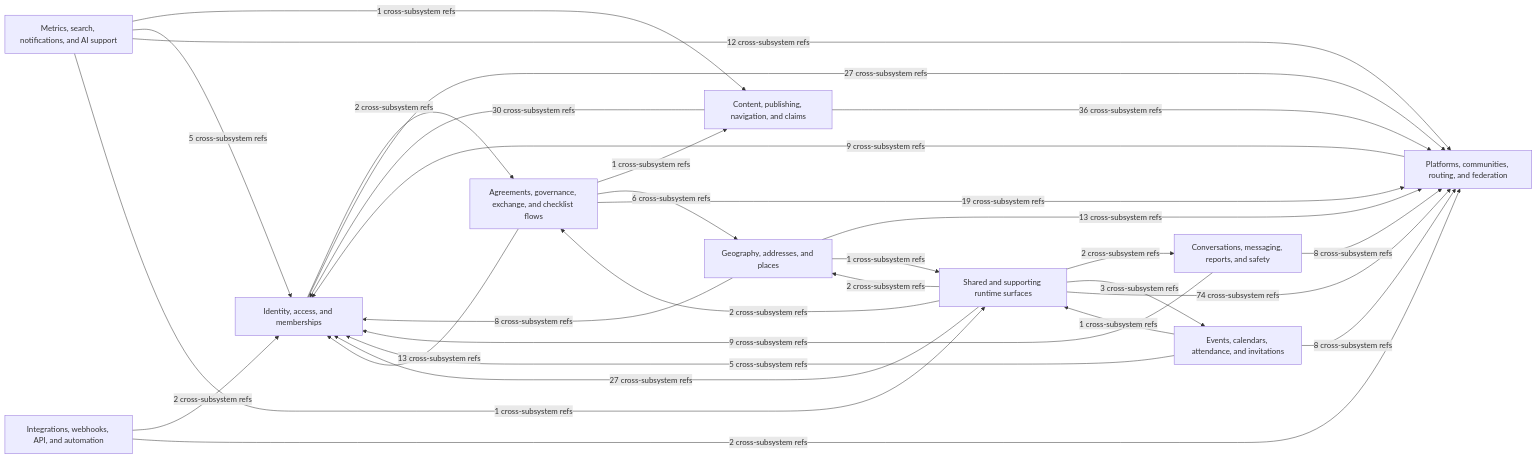
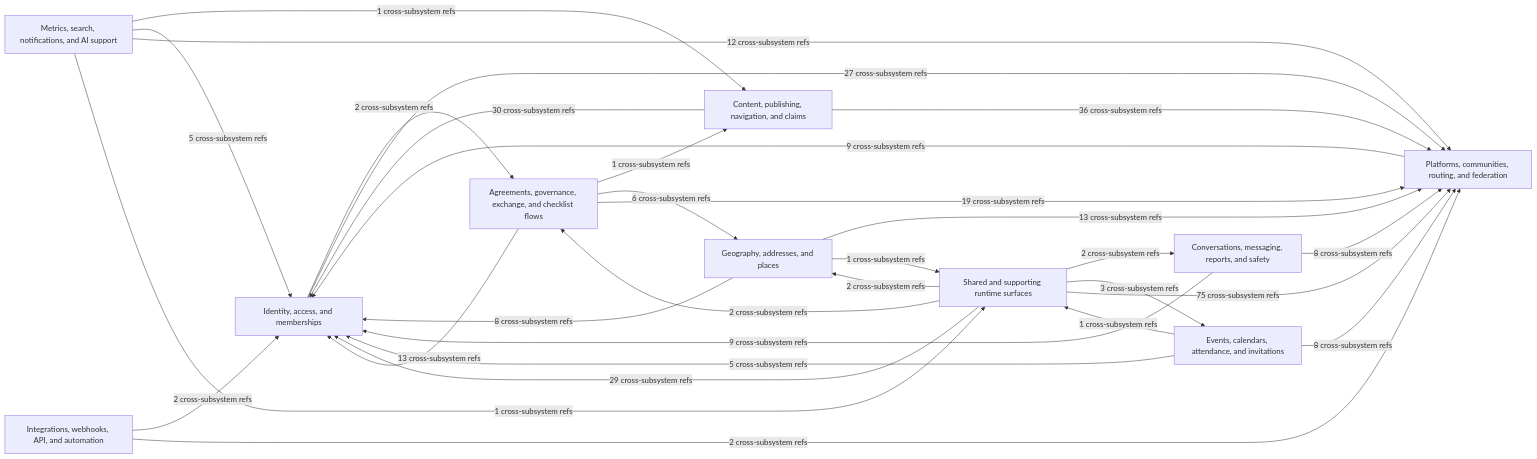
One commit to better-together-org/community-engine-rails changed the diagram in docs/diagrams/source/ce_subsystem_interaction_map.mmd. Above: the diagram before and after it, drawn with Mermaid. The commit also changed 119 other files, not shown here.

```diff
--- a/docs/diagrams/source/ce_subsystem_interaction_map.mmd
+++ b/docs/diagrams/source/ce_subsystem_interaction_map.mmd
@@ -1,42 +1,42 @@
 %% Generated by scripts/export_subsystem_diagrams.rb
 flowchart LR
   identity_access["Identity, access, and memberships"]
   platform_network["Platforms, communities, routing, and federation"]
   content_publishing["Content, publishing, navigation, and claims"]
   geography_and_places["Geography, addresses, and places"]
   events_calendar["Events, calendars, attendance, and invitations"]
   conversations_safety["Conversations, messaging, reports, and safety"]
   exchange_governance["Agreements, governance, exchange, and checklist flows"]
   metrics_search_ai["Metrics, search, notifications, and AI support"]
   integrations_webhooks["Integrations, webhooks, API, and automation"]
   shared_supporting["Shared and supporting runtime surfaces"]
 
   content_publishing -->|30 cross-subsystem refs| identity_access
   content_publishing -->|36 cross-subsystem refs| platform_network
   conversations_safety -->|9 cross-subsystem refs| identity_access
   conversations_safety -->|8 cross-subsystem refs| platform_network
   events_calendar -->|5 cross-subsystem refs| identity_access
   events_calendar -->|8 cross-subsystem refs| platform_network
   events_calendar -->|1 cross-subsystem refs| shared_supporting
   exchange_governance -->|1 cross-subsystem refs| content_publishing
   exchange_governance -->|6 cross-subsystem refs| geography_and_places
   exchange_governance -->|13 cross-subsystem refs| identity_access
   exchange_governance -->|19 cross-subsystem refs| platform_network
   geography_and_places -->|8 cross-subsystem refs| identity_access
   geography_and_places -->|13 cross-subsystem refs| platform_network
   geography_and_places -->|1 cross-subsystem refs| shared_supporting
   identity_access -->|2 cross-subsystem refs| exchange_governance
   identity_access -->|27 cross-subsystem refs| platform_network
   integrations_webhooks -->|2 cross-subsystem refs| identity_access
   integrations_webhooks -->|2 cross-subsystem refs| platform_network
   metrics_search_ai -->|1 cross-subsystem refs| content_publishing
   metrics_search_ai -->|5 cross-subsystem refs| identity_access
   metrics_search_ai -->|12 cross-subsystem refs| platform_network
   metrics_search_ai -->|1 cross-subsystem refs| shared_supporting
   platform_network -->|9 cross-subsystem refs| identity_access
   shared_supporting -->|2 cross-subsystem refs| conversations_safety
   shared_supporting -->|3 cross-subsystem refs| events_calendar
   shared_supporting -->|2 cross-subsystem refs| exchange_governance
   shared_supporting -->|2 cross-subsystem refs| geography_and_places
-  shared_supporting -->|27 cross-subsystem refs| identity_access
-  shared_supporting -->|74 cross-subsystem refs| platform_network
+  shared_supporting -->|29 cross-subsystem refs| identity_access
+  shared_supporting -->|75 cross-subsystem refs| platform_network
```
